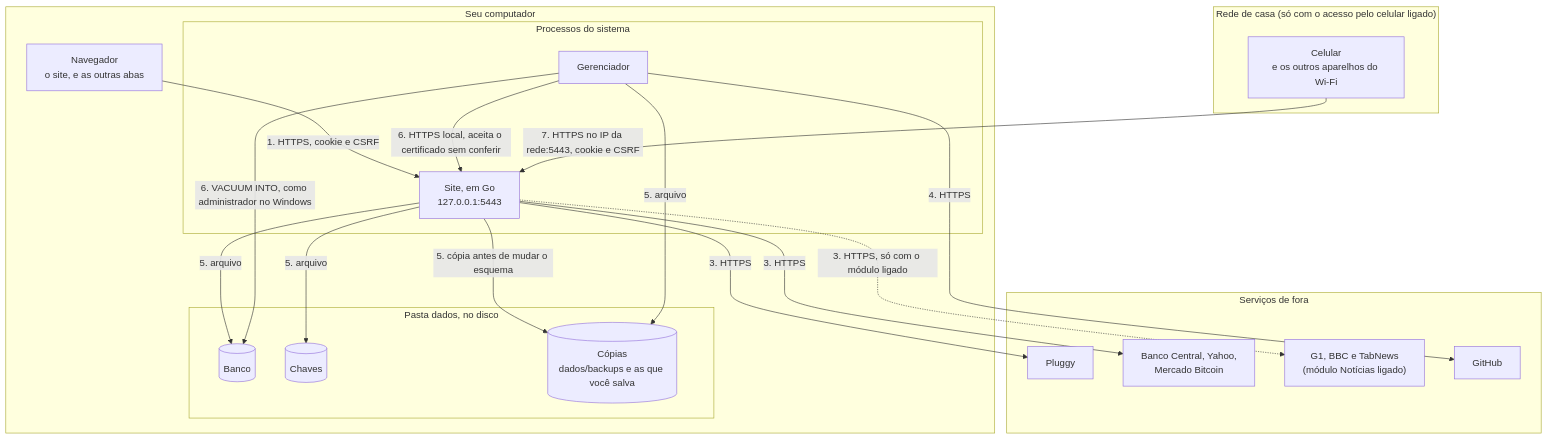
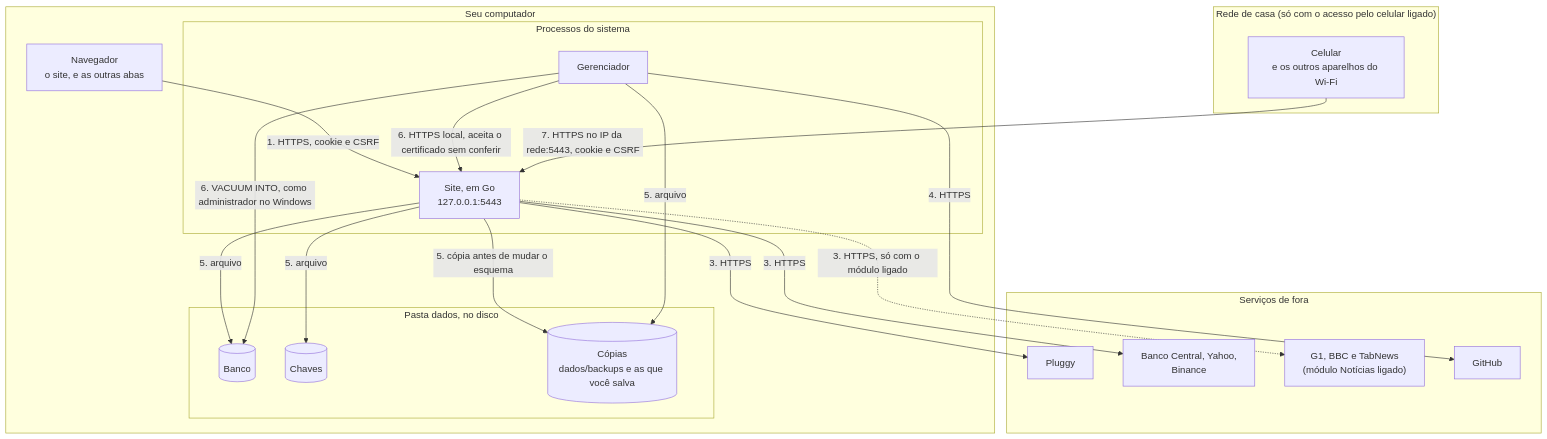
Before and after one commit to LucasDesenvGit/financas-local: the diagram in docs/MODELO-DE-AMEACAS.md, drawn with Mermaid. The commit also changed other lines of this file and 37 other files, not shown here.

First line of the commit message:
fix(investimentos): cotação de cripto pela Binance, no lugar do Mercado Bitcoin (#762)

````diff
--- a/docs/MODELO-DE-AMEACAS.md
+++ b/docs/MODELO-DE-AMEACAS.md
@@ -25,41 +25,41 @@
 ```mermaid
 flowchart TB
     subgraph computador["Seu computador"]
         navegador["Navegador<br/>o site, e as outras abas"]
 
         subgraph processos["Processos do sistema"]
             api["Site, em Go<br/>127.0.0.1:5443"]
             gerenciador["Gerenciador"]
         end
 
         subgraph disco["Pasta dados, no disco"]
             banco[("Banco")]
             chaves[("Chaves")]
             copias[("Cópias<br/>dados/backups e as que você salva")]
         end
     end
 
     subgraph rede["Rede de casa (só com o acesso pelo celular ligado)"]
         celular["Celular<br/>e os outros aparelhos do Wi-Fi"]
     end
 
     subgraph internet["Serviços de fora"]
         pluggy["Pluggy"]
-        cotacoes["Banco Central, Yahoo,<br/>Mercado Bitcoin"]
+        cotacoes["Banco Central, Yahoo,<br/>Binance"]
         noticias["G1, BBC e TabNews<br/>(módulo Notícias ligado)"]
         github["GitHub"]
     end
 
     navegador -- "1. HTTPS, cookie e CSRF" --> api
     api -- "3. HTTPS" --> pluggy
     api -- "3. HTTPS" --> cotacoes
     api -.->|"3. HTTPS, só com o módulo ligado"| noticias
     gerenciador -- "4. HTTPS" --> github
     api -- "5. arquivo" --> banco
     api -- "5. arquivo" --> chaves
     api -- "5. cópia antes de mudar o esquema" --> copias
     gerenciador -- "5. arquivo" --> copias
     gerenciador -- "6. HTTPS local, aceita o certificado sem conferir" --> api
     gerenciador -- "6. VACUUM INTO, como administrador no Windows" --> banco
     celular -- "7. HTTPS no IP da rede:5443, cookie e CSRF" --> api
 ```
````
